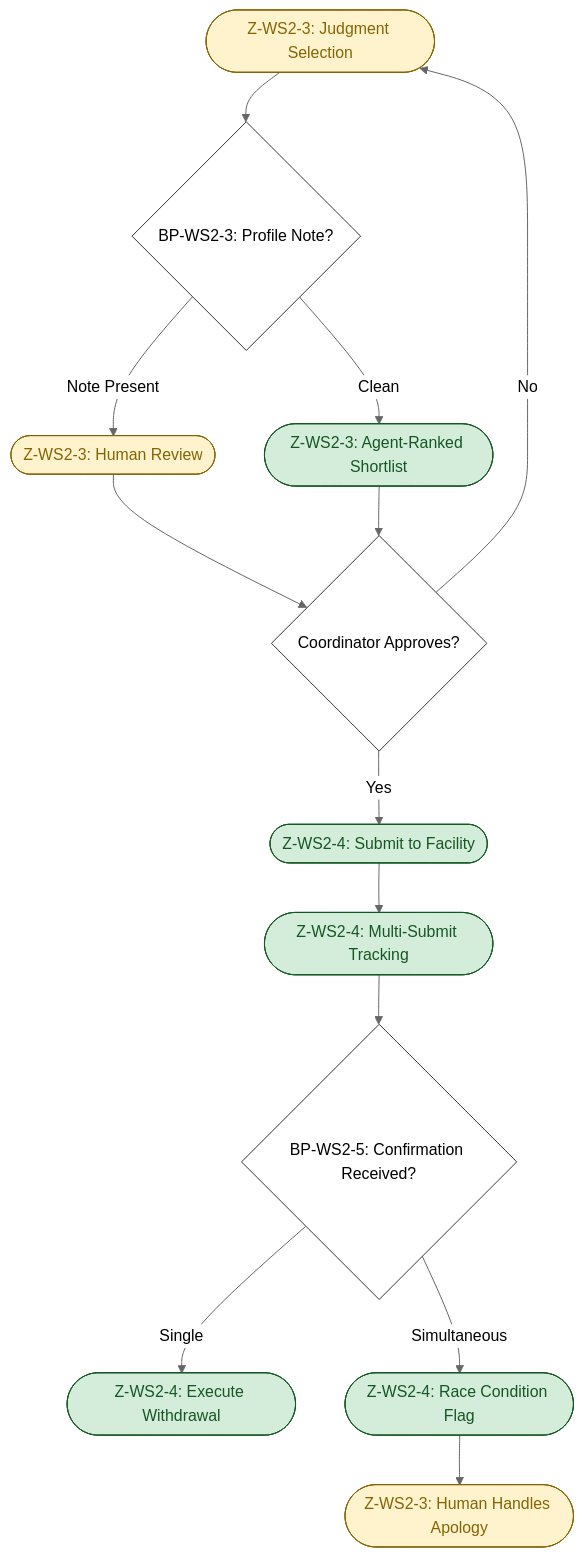
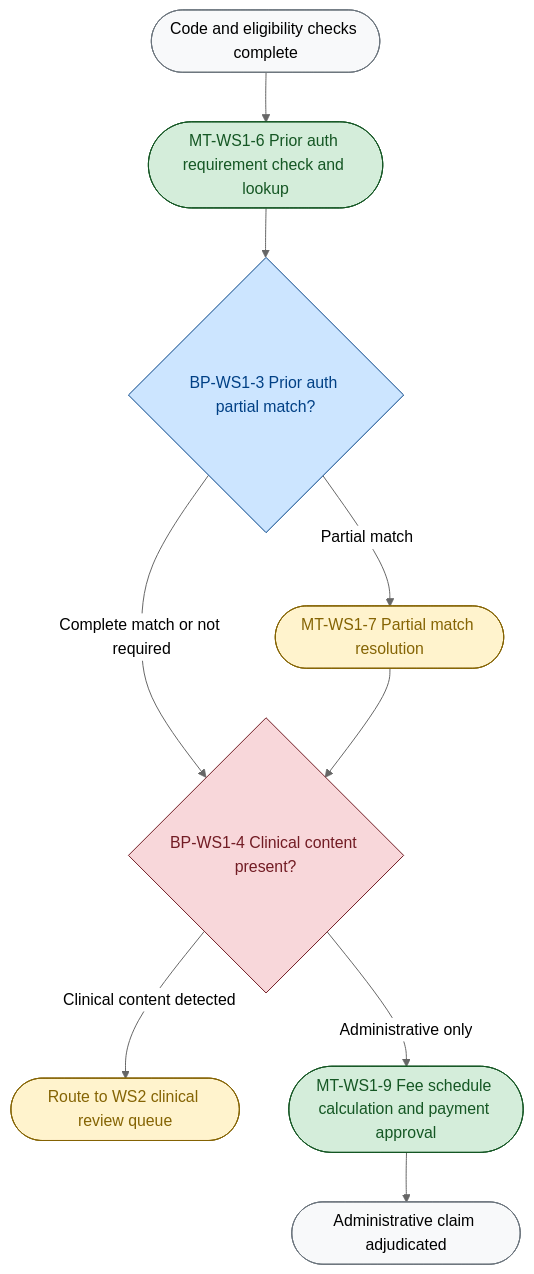
Before and after one commit to Benoit-Charrier/FDE-Program: the second of 4 diagrams in Week4/Deliverables/D2A_cognitive_load_map.md, drawn with Mermaid (neutral theme). The commit also changed other lines of this file and 18 other files, not shown here.

````diff
--- a/Week4/Deliverables/D2A_cognitive_load_map.md
+++ b/Week4/Deliverables/D2A_cognitive_load_map.md
@@ -156,27 +180,29 @@
 ```mermaid
 flowchart TD
-    F([Z-WS2-3: Judgment Selection]) --> BP3b{BP-WS2-3: Profile Note?}
-    BP3b -- Note Present --> G([Z-WS2-3: Human Review])
-    BP3b -- Clean --> H([Z-WS2-3: Agent-Ranked Shortlist])
-    G --> I{Coordinator Approves?}
-    H --> I
-    I -- No --> F
-    I -- Yes --> J([Z-WS2-4: Submit to Facility])
-    J --> K([Z-WS2-4: Multi-Submit Tracking])
-    K --> BP4{BP-WS2-5: Confirmation Received?}
-    BP4 -- Single --> L([Z-WS2-4: Execute Withdrawal])
-    BP4 -- Simultaneous --> M([Z-WS2-4: Race Condition Flag])
-    M --> N([Z-WS2-3: Human Handles Apology])
+    W1B_IN([Code and eligibility checks complete])
+    W1B_PAR([MT-WS1-6 Prior auth requirement check and lookup])
+    W1B_BP3{BP-WS1-3 Prior auth partial match?}
+    W1B_PMR([MT-WS1-7 Partial match resolution])
+    W1B_BP4{BP-WS1-4 Clinical content present?}
+    W1B_WS2([Route to WS2 clinical review queue])
+    W1B_FEE([MT-WS1-9 Fee schedule calculation and payment approval])
+    W1B_END([Administrative claim adjudicated])
 
-    style F fill:#fff3cd,color:#856404,stroke:#856404
-    style G fill:#fff3cd,color:#856404,stroke:#856404
-    style H fill:#d4edda,color:#155724,stroke:#155724
-    style I fill:#ffffff,color:#000000,stroke:#333333
-    style J fill:#d4edda,color:#155724,stroke:#155724
-    style K fill:#d4edda,color:#155724,stroke:#155724
-    style L fill:#d4edda,color:#155724,stroke:#155724
-    style M fill:#d4edda,color:#155724,stroke:#155724
-    style N fill:#fff3cd,color:#856404,stroke:#856404
-    style BP3b fill:#ffffff,color:#000000,stroke:#333333
-    style BP4 fill:#ffffff,color:#000000,stroke:#333333
+    W1B_IN --> W1B_PAR
+    W1B_PAR --> W1B_BP3
+    W1B_BP3 -->|Complete match or not required| W1B_BP4
+    W1B_BP3 -->|Partial match| W1B_PMR
+    W1B_PMR --> W1B_BP4
+    W1B_BP4 -->|Clinical content detected| W1B_WS2
+    W1B_BP4 -->|Administrative only| W1B_FEE
+    W1B_FEE --> W1B_END
+
+    style W1B_IN fill:#f8f9fa,color:#000000,stroke:#6c757d
+    style W1B_PAR fill:#d4edda,color:#155724,stroke:#155724
+    style W1B_PMR fill:#fff3cd,color:#856404,stroke:#856404
+    style W1B_WS2 fill:#fff3cd,color:#856404,stroke:#856404
+    style W1B_FEE fill:#d4edda,color:#155724,stroke:#155724
+    style W1B_END fill:#f8f9fa,color:#000000,stroke:#6c757d
+    style W1B_BP3 fill:#cce5ff,color:#004085,stroke:#004085
+    style W1B_BP4 fill:#f8d7da,color:#721c24,stroke:#721c24
 ```
````
